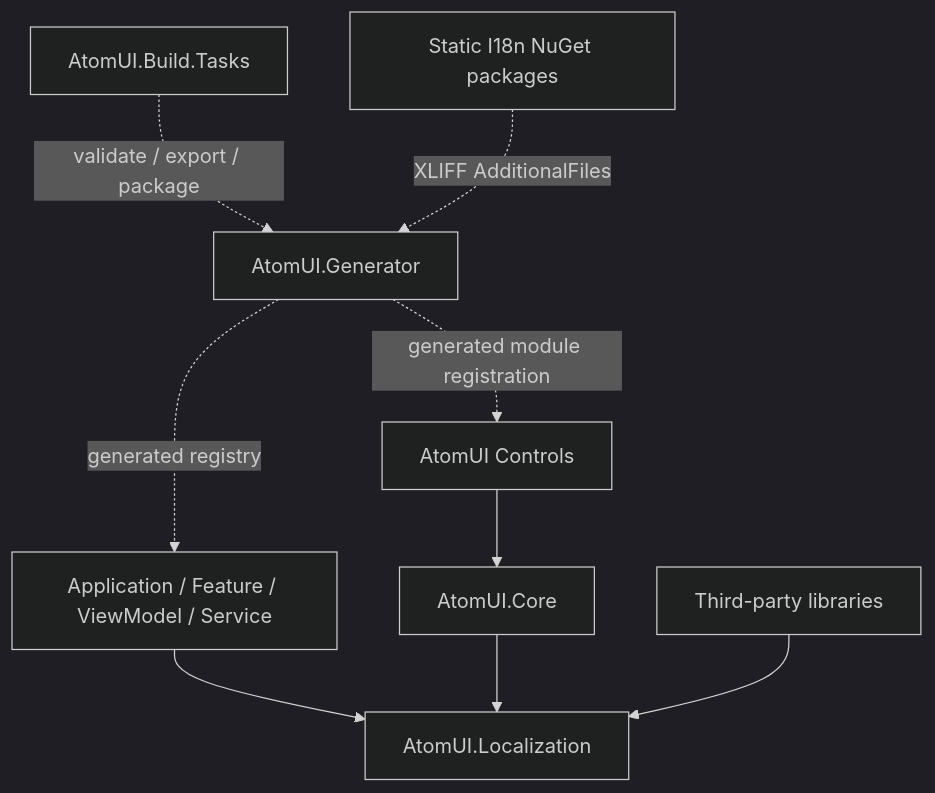
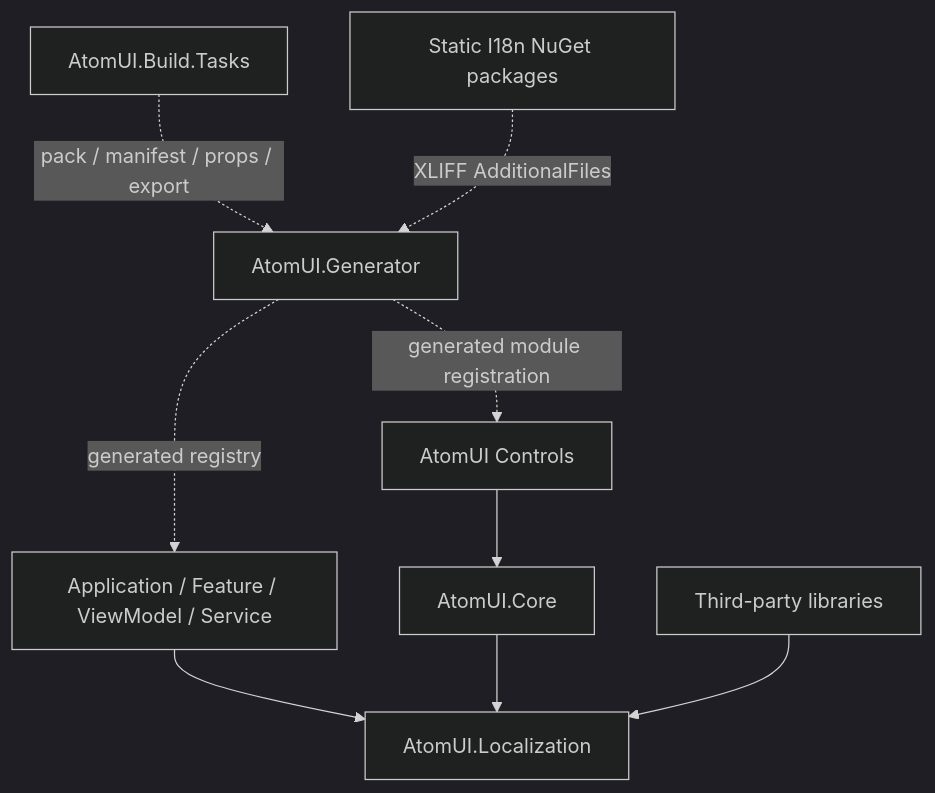
The diagram in docs/modules/localization/overview.md (chinware/AtomUI), drawn with Mermaid (dark theme) before and after one commit. The commit also changed other lines of this file and 77 other files, not shown here.

Commit message:
refactor(Localization): update namespace for localization build tasks and adjust target states in XLIFF files

````diff
--- a/docs/modules/localization/overview.md
+++ b/docs/modules/localization/overview.md
@@ -67,11 +86,11 @@
 ```mermaid
 flowchart TD
     App["Application / Feature / ViewModel / Service"] --> Localization["AtomUI.Localization"]
     Core["AtomUI.Core"] --> Localization
     Controls["AtomUI Controls"] --> Core
     Libraries["Third-party libraries"] --> Localization
     Generator["AtomUI.Generator"] -. "generated registry" .-> App
     Generator -. "generated module registration" .-> Controls
-    BuildTasks["AtomUI.Build.Tasks"] -. "validate / export / package" .-> Generator
+    BuildTasks["AtomUI.Build.Tasks"] -. "pack / manifest / props / export" .-> Generator
     I18n["Static I18n NuGet packages"] -. "XLIFF AdditionalFiles" .-> Generator
 ```
````
